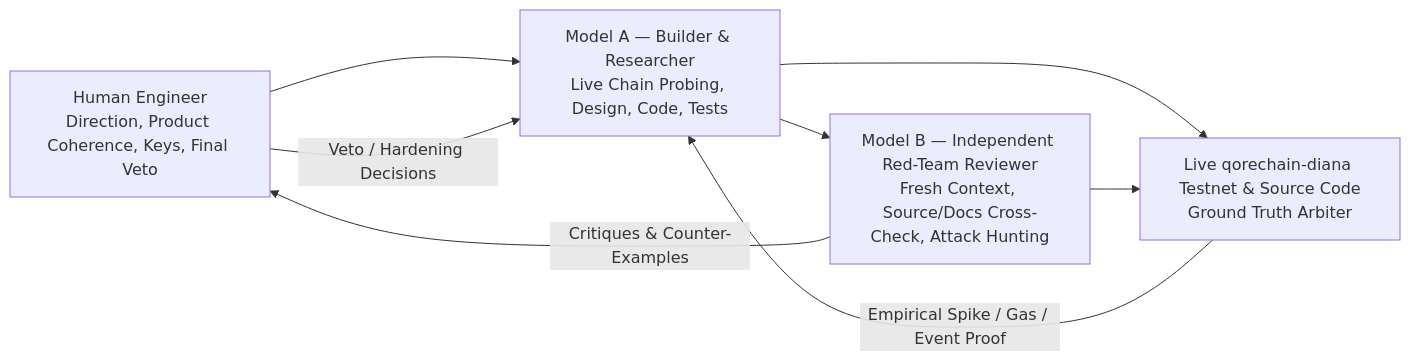
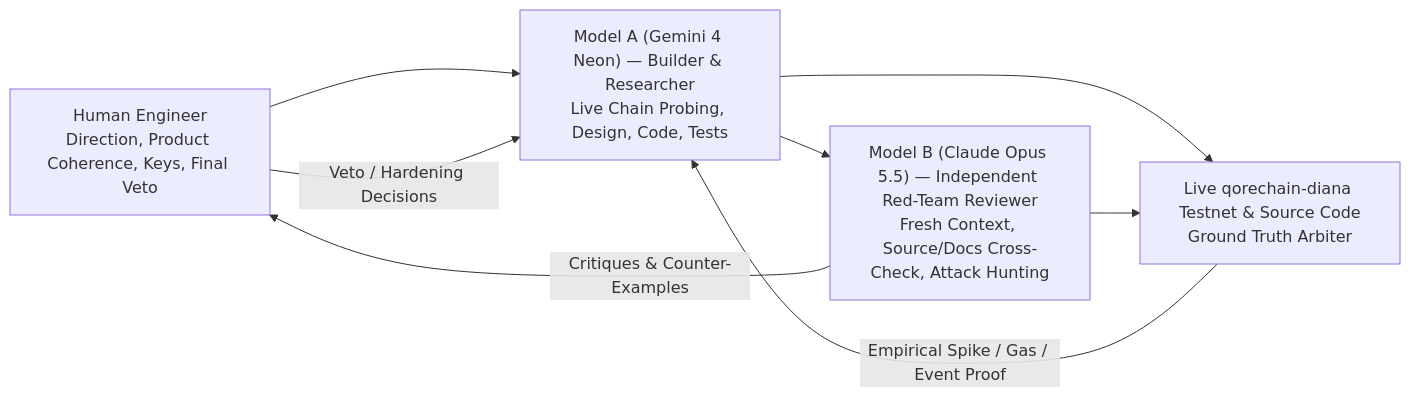
One commit to agvswira/attenua changed the diagram in AI_USAGE.md. Above: the diagram before and after it, drawn with Mermaid. The commit also changed other lines of this file and 22 other files, not shown here.

Commit message:
feat(web): implement Figma design system with motion micro-interactions & update AI model attribution

````diff
--- a/AI_USAGE.md
+++ b/AI_USAGE.md
@@ -9,15 +9,15 @@
 ```mermaid
 flowchart LR
   H[Human Engineer<br/>Direction, Product Coherence, Keys, Final Veto]
-  M1[Model A — Builder & Researcher<br/>Live Chain Probing, Design, Code, Tests]
-  M2[Model B — Independent Red-Team Reviewer<br/>Fresh Context, Source/Docs Cross-Check, Attack Hunting]
+  M1["Model A (Gemini 4 Neon) — Builder & Researcher<br/>Live Chain Probing, Design, Code, Tests"]
+  M2["Model B (Claude Opus 5.5) — Independent Red-Team Reviewer<br/>Fresh Context, Source/Docs Cross-Check, Attack Hunting"]
   C[Live qorechain-diana Testnet & Source Code<br/>Ground Truth Arbiter]
 
   H --> M1
   M1 --> M2
   M2 -->|Critiques & Counter-Examples| H
   H -->|Veto / Hardening Decisions| M1
   M1 --> C
   M2 --> C
   C -->|Empirical Spike / Gas / Event Proof| M1
 ```
````
